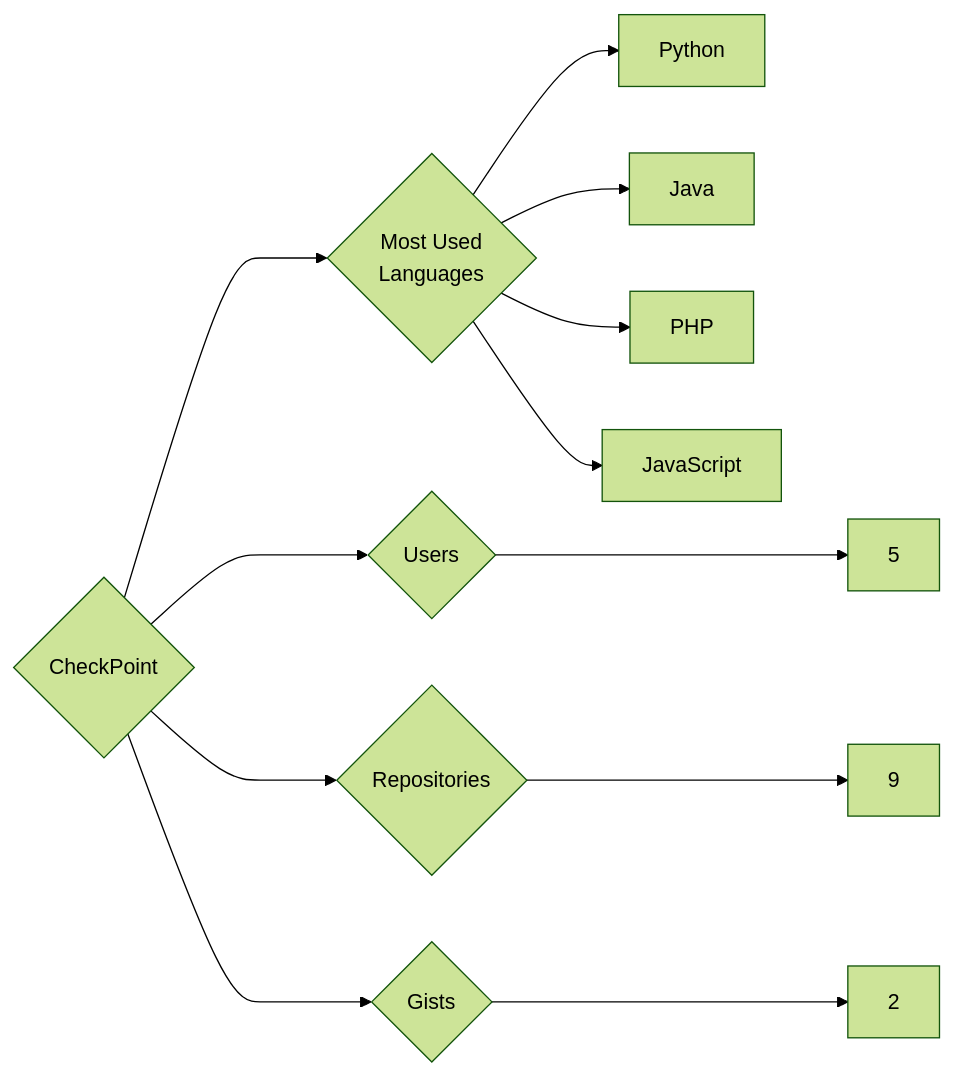
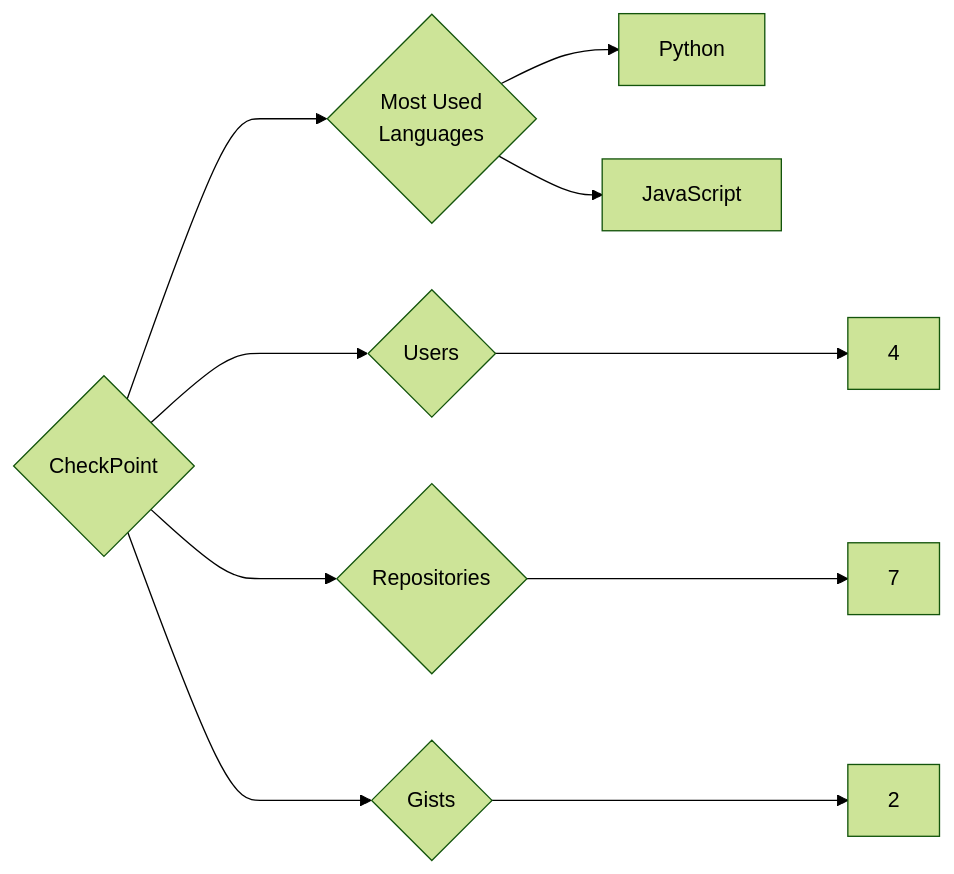
Before and after one commit to trickest/insiders: the diagram in targets/CheckPoint/README.md, drawn with Mermaid (forest theme). The commit also changed 888 other files, not shown here.

````diff
--- a/targets/CheckPoint/README.md
+++ b/targets/CheckPoint/README.md
@@ -3,12 +3,10 @@
 ```mermaid
 graph LR
 COMPANY_NAME{CheckPoint}
-COMPANY_NAME ---> U{Users} ---> UN[5]
-COMPANY_NAME ---> R{Repositories} ---> RN[9]
+COMPANY_NAME ---> U{Users} ---> UN[4]
+COMPANY_NAME ---> R{Repositories} ---> RN[7]
 COMPANY_NAME ---> G{Gists} ---> GN[2]
 COMPANY_NAME ---> ML{Most Used<br>Languages}
 ML --> Python[Python]
-ML --> Java[Java]
-ML --> PHP[PHP]
 ML --> JavaScript[JavaScript]
 ```
````
